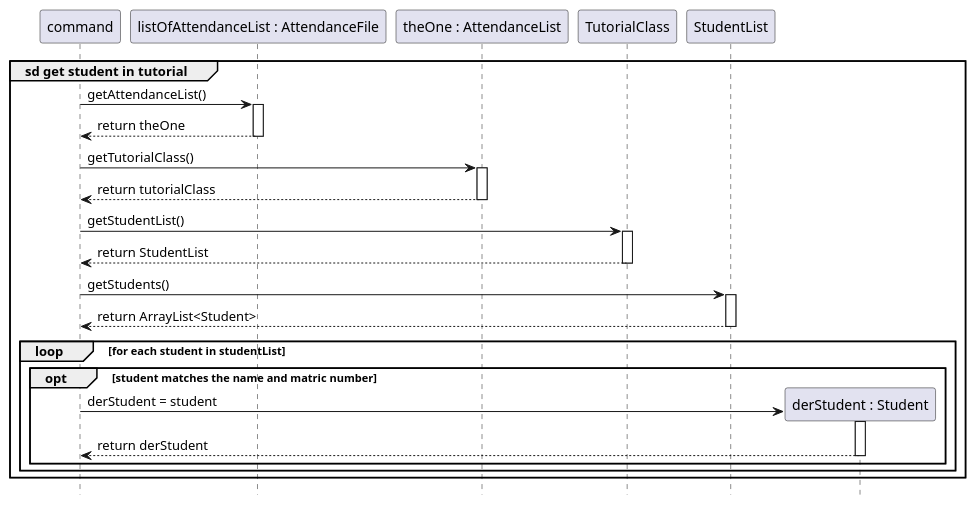
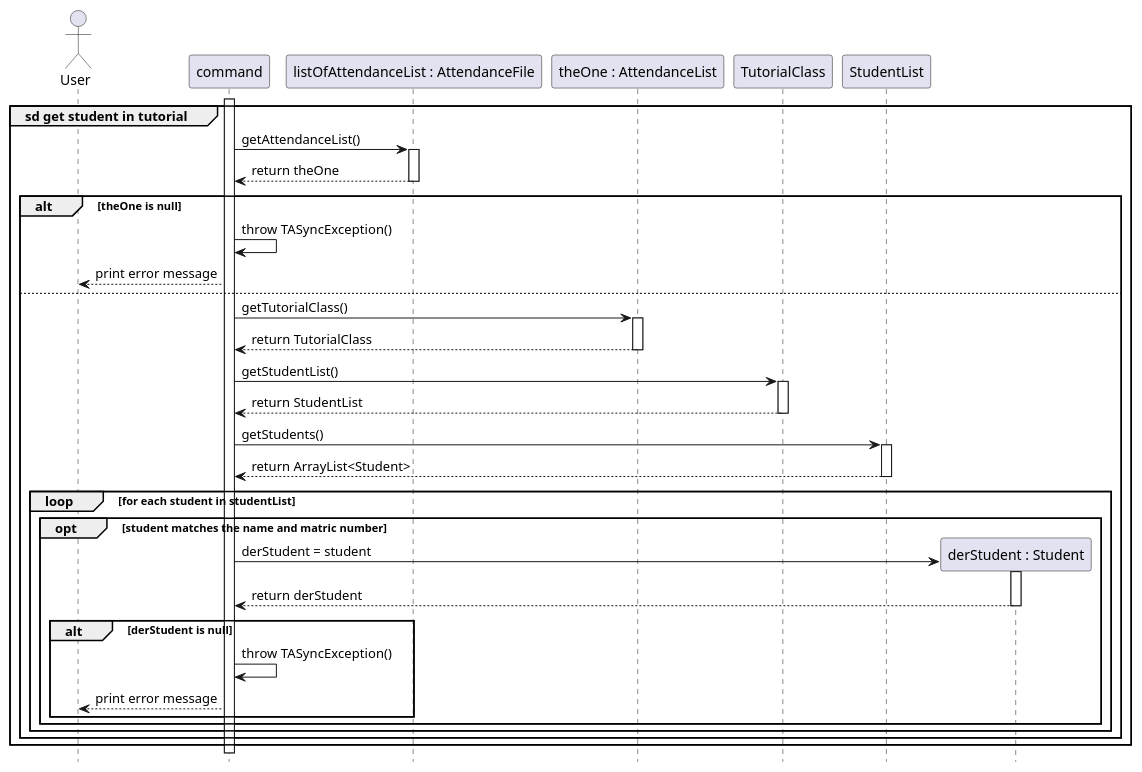
Before and after one commit to wongyihao02/tp: the diagram in docs/diagrams/attendancelistcommands/findStudentInTutorial.puml, drawn with PlantUML. The commit also changed 7 other files, not shown here.

Commit message:
updated seq diagrams

```diff
--- a/docs/diagrams/attendancelistcommands/findStudentInTutorial.puml
+++ b/docs/diagrams/attendancelistcommands/findStudentInTutorial.puml
@@ -1,44 +1,54 @@
 @startuml
 'https://plantuml.com/sequence-diagram
 hide footbox
 
-
+actor User
 participant "command" as command
 participant "listOfAttendanceList : AttendanceFile" as listOfAttendanceList
 participant "theOne : AttendanceList" as theOne
 participant "TutorialClass" as tutorialClass
 participant "StudentList" as studentList
 
+activate command
 group sd get student in tutorial
     command -> listOfAttendanceList : getAttendanceList()
     activate listOfAttendanceList
     command <-- listOfAttendanceList : return theOne
     deactivate listOfAttendanceList
+    alt theOne is null
+    command -> command : throw TASyncException()
+    command --> User : print error message
+    else
 
     command -> theOne : getTutorialClass()
     activate theOne
-    command <-- theOne : return tutorialClass
+    command <-- theOne : return TutorialClass
     deactivate theOne
 
     command -> tutorialClass : getStudentList()
         activate tutorialClass
         command <-- tutorialClass : return StudentList
         deactivate tutorialClass
 
     command -> studentList : getStudents()
     activate studentList
     command <-- studentList : return ArrayList<Student>
     deactivate studentList
 
     loop for each student in studentList
     opt student matches the name and matric number
 
     create "derStudent : Student" as derStudent
     command -> derStudent : derStudent = student
     activate derStudent
     derStudent --> command : return derStudent
     deactivate derStudent
+    alt derStudent is null
+    command -> command : throw TASyncException()
+        command --> User : print error message
     end opt
     end loop
+    end alt
+    end
     end
 @enduml
```
